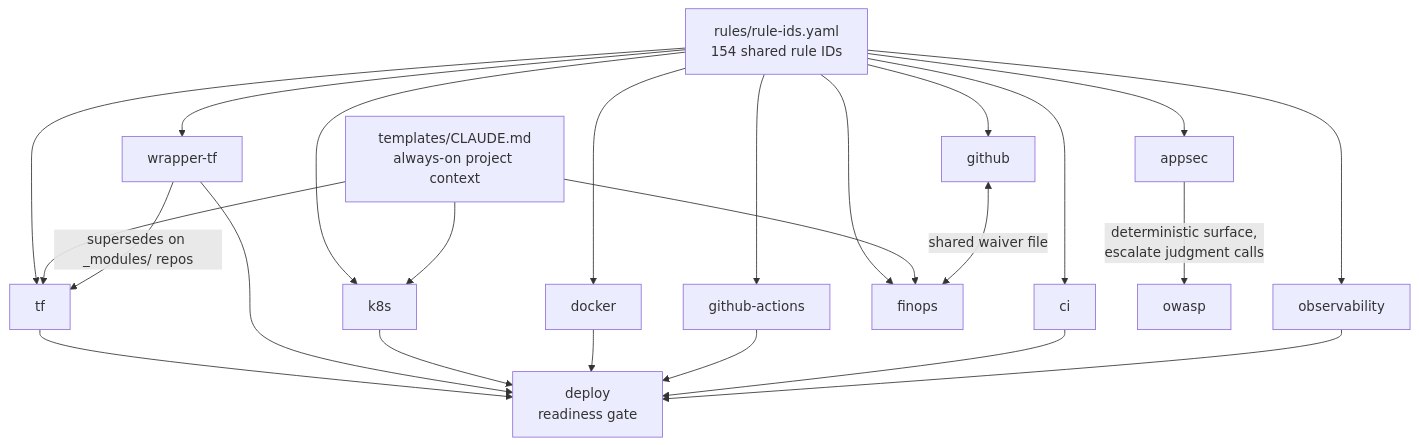
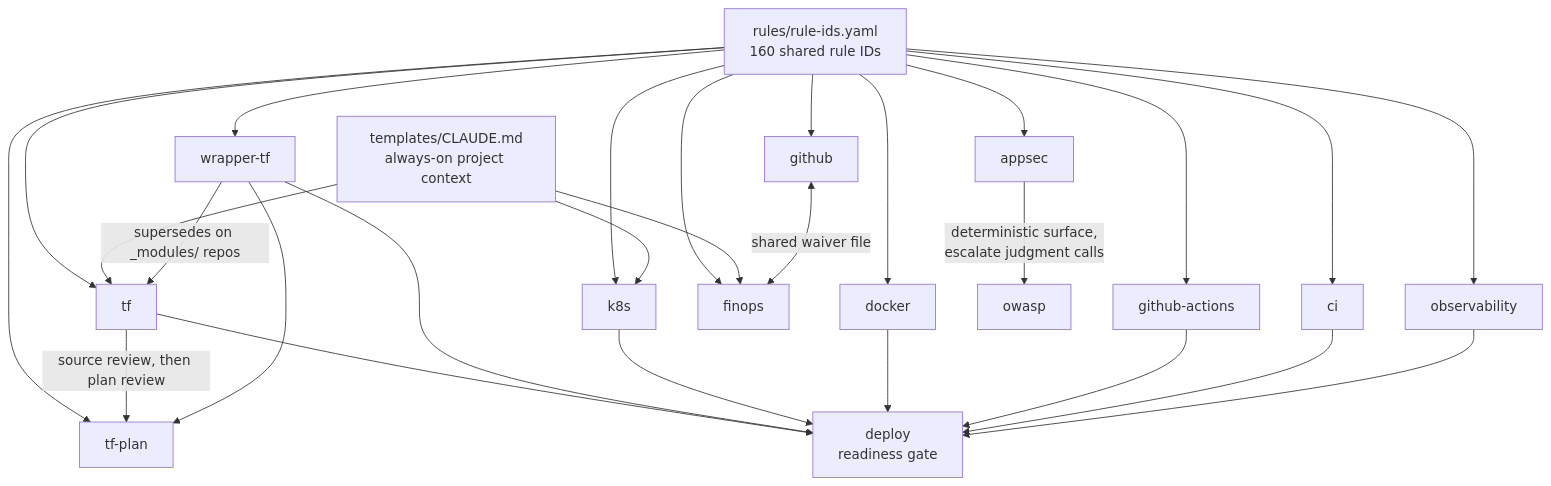
The diagram in README.md (anmolnagpal/devops-skills), drawn with Mermaid before and after one commit. The commit also changed other lines of this file and 16 other files, not shown here.

````diff
--- a/README.md
+++ b/README.md
@@ -243,45 +244,49 @@
 ```mermaid
 flowchart TD
-    REG["rules/rule-ids.yaml<br/>154 shared rule IDs"]
+    REG["rules/rule-ids.yaml<br/>160 shared rule IDs"]
     CTX["templates/CLAUDE.md<br/>always-on project context"]
 
     TF["tf"]
     WTF["wrapper-tf"]
+    TFP["tf-plan"]
     K8S["k8s"]
     DOCK["docker"]
     GHA["github-actions"]
     CI["ci"]
     DEP["deploy<br/>readiness gate"]
     GH["github"]
     FIN["finops"]
     OBS["observability"]
     OW["owasp"]
     APP["appsec"]
 
     REG --> TF
     REG --> WTF
+    REG --> TFP
     REG --> K8S
     REG --> DOCK
     REG --> GHA
     REG --> CI
     REG --> GH
     REG --> APP
     REG --> FIN
     REG --> OBS
     CTX --> TF
     CTX --> K8S
     CTX --> FIN
 
     WTF -->|"supersedes on _modules/ repos"| TF
+    TF -->|"source review, then plan review"| TFP
+    WTF --> TFP
 
     TF --> DEP
     WTF --> DEP
     K8S --> DEP
     DOCK --> DEP
     GHA --> DEP
     CI --> DEP
     OBS --> DEP
 
     GH <-->|"shared waiver file"| FIN
     APP -->|"deterministic surface,<br/>escalate judgment calls"| OW
 ```
````
